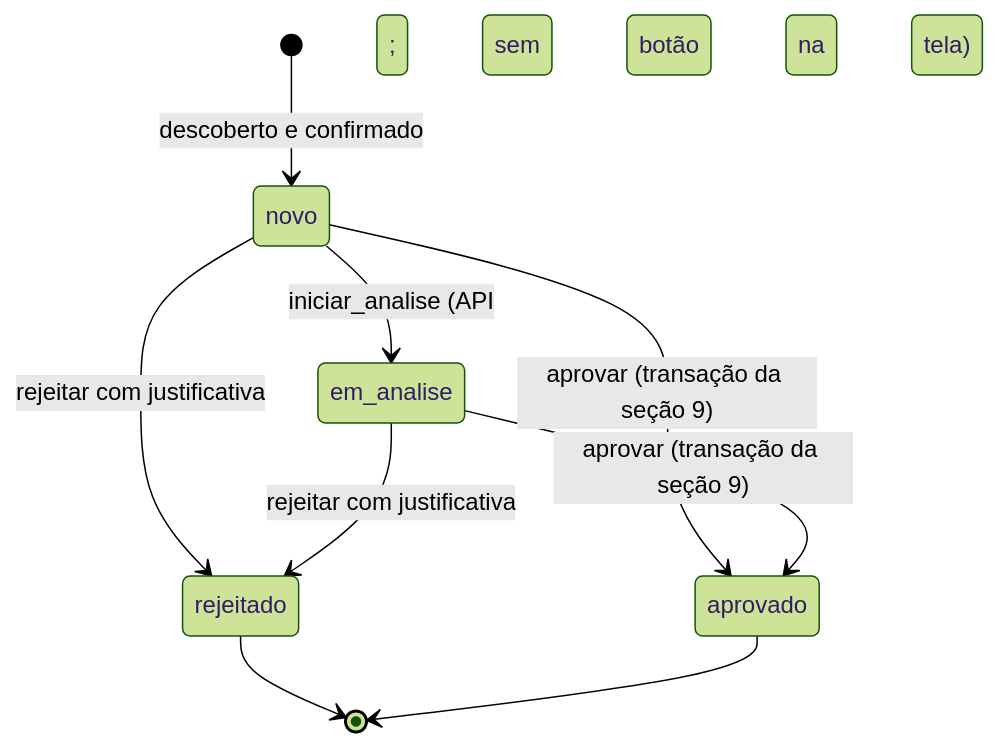
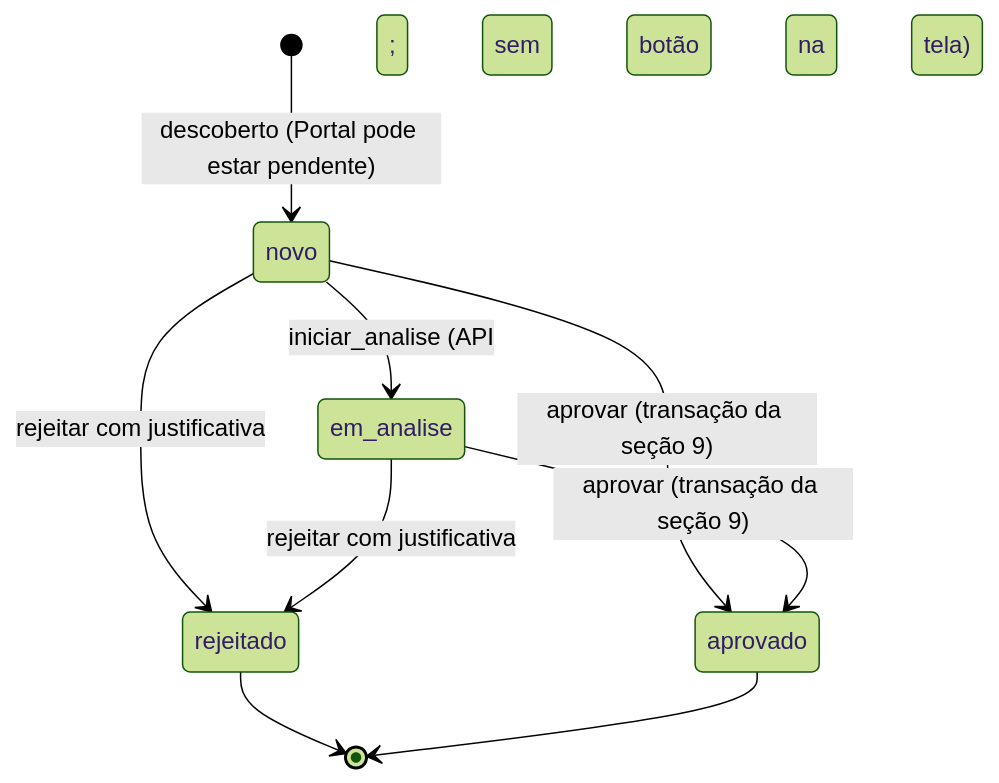
The eighth of 20 diagrams in docs/mermaid/radar-instrumentos.md (devs-ministerio/par_equipamentos), drawn with Mermaid (forest theme) before and after one commit. The commit also changed other lines of this file and 13 other files, not shown here.

````diff
--- a/docs/mermaid/radar-instrumentos.md
+++ b/docs/mermaid/radar-instrumentos.md
@@ -207,11 +207,11 @@
 ```mermaid
 stateDiagram-v2
-    [*] --> novo: descoberto e confirmado
+    [*] --> novo: descoberto (Portal pode estar pendente)
     novo --> em_analise: iniciar_analise (API; sem botão na tela)
     novo --> rejeitado: rejeitar com justificativa
     em_analise --> rejeitado: rejeitar com justificativa
     novo --> aprovado: aprovar (transação da seção 9)
     em_analise --> aprovado: aprovar (transação da seção 9)
     rejeitado --> [*]
     aprovado --> [*]
 ```
````
